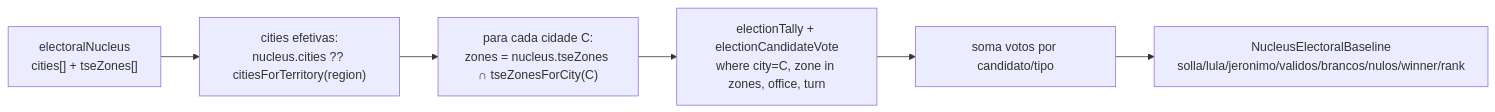
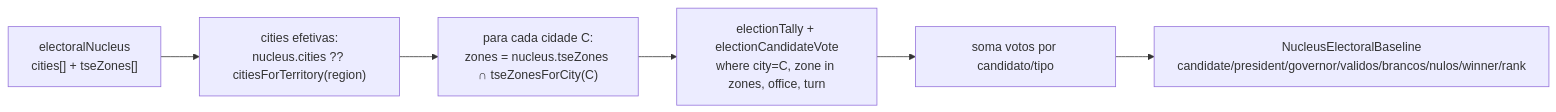
Before and after one commit to fsolla/teqo: the second of 2 diagrams in docs/plans/baseline-eleitoral-tse.md, drawn with Mermaid. The commit also changed other lines of this file and 24 other files, not shown here.

First line of the commit message:
Add A4 electoral baseline in product with Gap vs 2022, and register A7.

````diff
--- a/docs/plans/baseline-eleitoral-tse.md
+++ b/docs/plans/baseline-eleitoral-tse.md
@@ -89,10 +89,10 @@
 ```mermaid
 flowchart LR
     Nuc["electoralNucleus<br/>cities[] + tseZones[]"]
     Cities["cities efetivas:<br/>nucleus.cities ?? citiesForTerritory(region)"]
     PerCity["para cada cidade C:<br/>zones = nucleus.tseZones ∩ tseZonesForCity(C)"]
     Query["electionTally + electionCandidateVote<br/>where city=C, zone in zones, office, turn"]
     Sum["soma votos por candidato/tipo"]
-    Baseline["NucleusElectoralBaseline<br/>solla/lula/jeronimo/validos/brancos/nulos/winner/rank"]
+    Baseline["NucleusElectoralBaseline<br/>candidate/president/governor/validos/brancos/nulos/winner/rank"]
     Nuc --> Cities --> PerCity --> Query --> Sum --> Baseline
 ```
````
